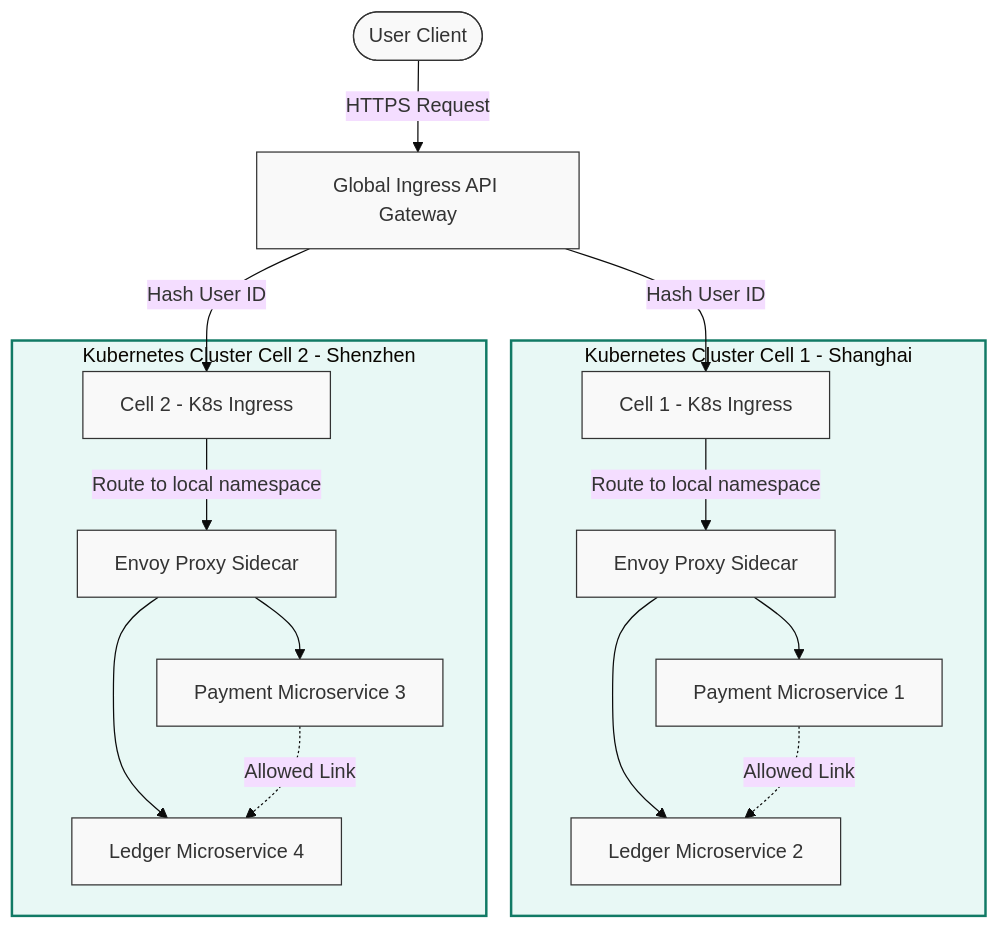
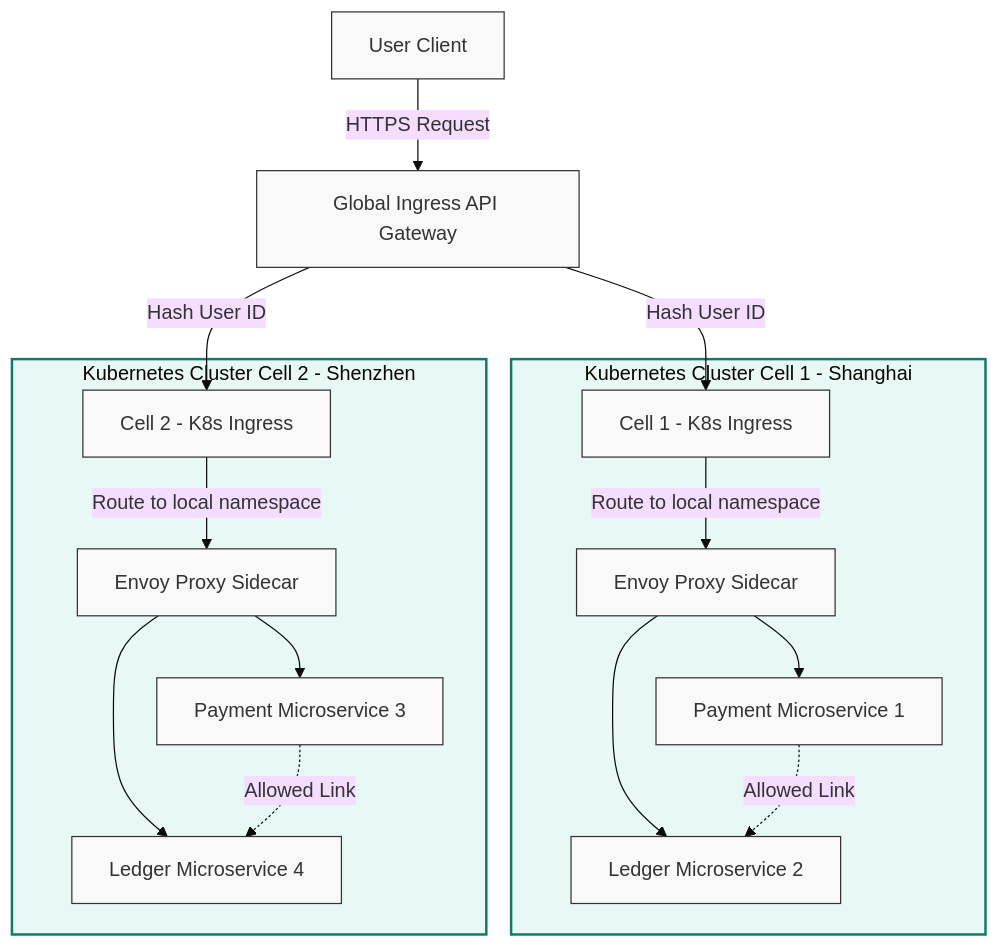
One commit to vesviet/vesviet changed the diagram in content/series/alipay-double-11/modern-tech-comparison.md. Above: the diagram before and after it, drawn with Mermaid (base theme). The commit also changed other lines of this file and 280 other files, not shown here.

````diff
--- a/content/series/alipay-double-11/modern-tech-comparison.md
+++ b/content/series/alipay-double-11/modern-tech-comparison.md
@@ -36,24 +39,24 @@
 ```mermaid
 graph TD
-    User([User Client]) -->|HTTPS Request| Ingress[Global Ingress API Gateway]
+    User["User Client"] -->|HTTPS Request| Ingress[Global Ingress API Gateway]
     Ingress -->|Hash User ID| Cell1_Ingress[Cell 1 - K8s Ingress]
     Ingress -->|Hash User ID| Cell2_Ingress[Cell 2 - K8s Ingress]
 
     subgraph Cluster1 [Kubernetes Cluster Cell 1 - Shanghai]
         Cell1_Ingress -->|Route to local namespace| MeshSidecar1[Envoy Proxy Sidecar]
         MeshSidecar1 --> AppSvc1[Payment Microservice 1]
         MeshSidecar1 --> AppSvc2[Ledger Microservice 2]
         AppSvc1 -.->|Allowed Link| AppSvc2
     end
 
     subgraph Cluster2 [Kubernetes Cluster Cell 2 - Shenzhen]
         Cell2_Ingress -->|Route to local namespace| MeshSidecar2[Envoy Proxy Sidecar]
         MeshSidecar2 --> AppSvc3[Payment Microservice 3]
         MeshSidecar2 --> AppSvc4[Ledger Microservice 4]
         AppSvc3 -.->|Allowed Link| AppSvc4
     end
 
     classDef default fill:#f9f9f9,stroke:#333,stroke-width:1px;
     classDef k8s fill:#e8f8f5,stroke:#117a65,stroke-width:2px;
     class Cluster1,Cluster2 k8s;
 ```
````
